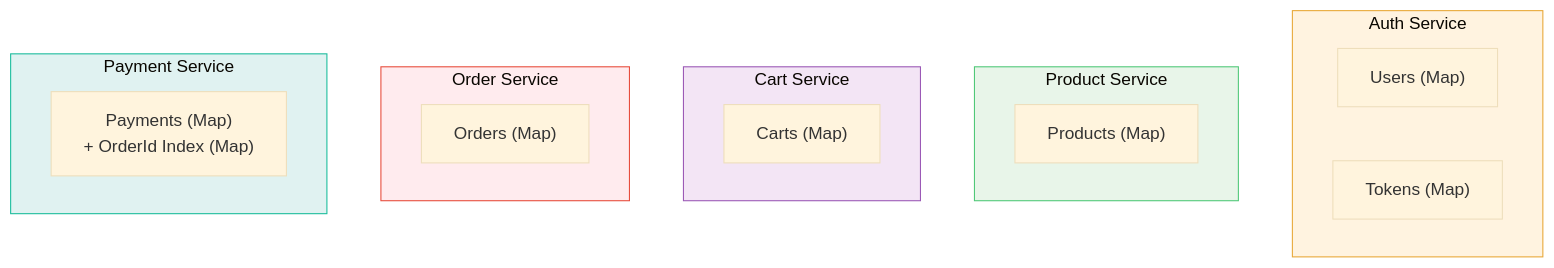
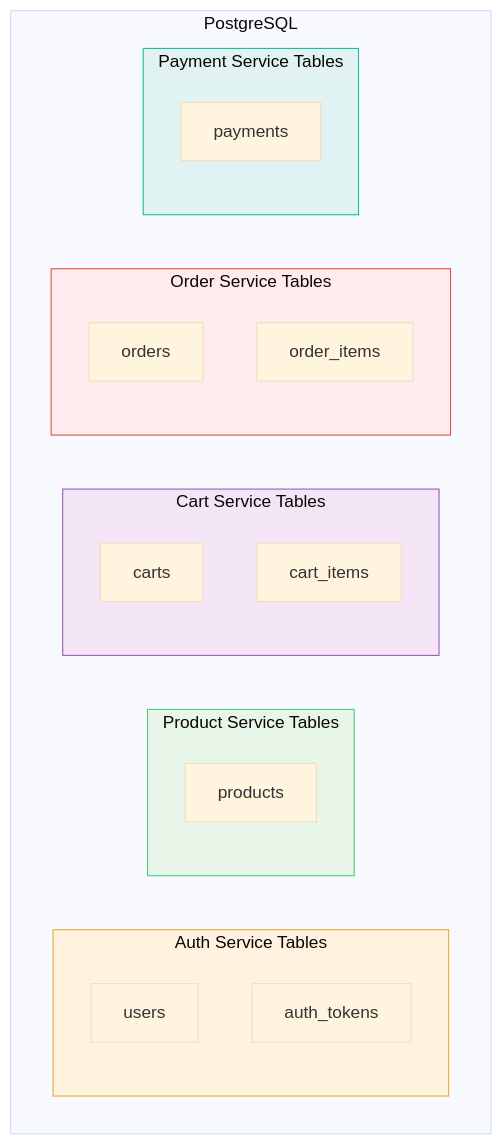
Before and after one commit to nikhil2128/ai-projects: diagram 14 of 18 in ecommerce/docs/ARCHITECTURE.md, drawn with Mermaid (base theme). The commit also changed other lines of this file and 40 other files, not shown here.

````diff
--- a/ecommerce/docs/ARCHITECTURE.md
+++ b/ecommerce/docs/ARCHITECTURE.md
@@ -589,29 +589,33 @@
 ```mermaid
 graph TB
-    subgraph AuthService["Auth Service"]
-        AU["Users (Map)"]
-        AT["Tokens (Map)"]
-    end
+    subgraph PG["PostgreSQL"]
+        subgraph AuthService["Auth Service Tables"]
+            AU["users"]
+            AT["auth_tokens"]
+        end
 
-    subgraph ProductService["Product Service"]
-        PP["Products (Map)"]
-    end
+        subgraph ProductService["Product Service Tables"]
+            PP["products"]
+        end
 
-    subgraph CartService["Cart Service"]
-        CC["Carts (Map)"]
-    end
+        subgraph CartService["Cart Service Tables"]
+            CC["carts"]
+            CI["cart_items"]
+        end
 
-    subgraph OrderService["Order Service"]
-        OO["Orders (Map)"]
-    end
+        subgraph OrderService["Order Service Tables"]
+            OO["orders"]
+            OI["order_items"]
+        end
 
-    subgraph PaymentService["Payment Service"]
-        PM["Payments (Map)<br/>+ OrderId Index (Map)"]
+        subgraph PaymentService["Payment Service Tables"]
+            PM["payments"]
+        end
     end
 
     style AuthService fill:#FFF3E0,stroke:#E8A838
     style ProductService fill:#E8F5E9,stroke:#50C878
     style CartService fill:#F3E5F5,stroke:#9B59B6
     style OrderService fill:#FFEBEE,stroke:#E74C3C
     style PaymentService fill:#E0F2F1,stroke:#1ABC9C
 ```
````
